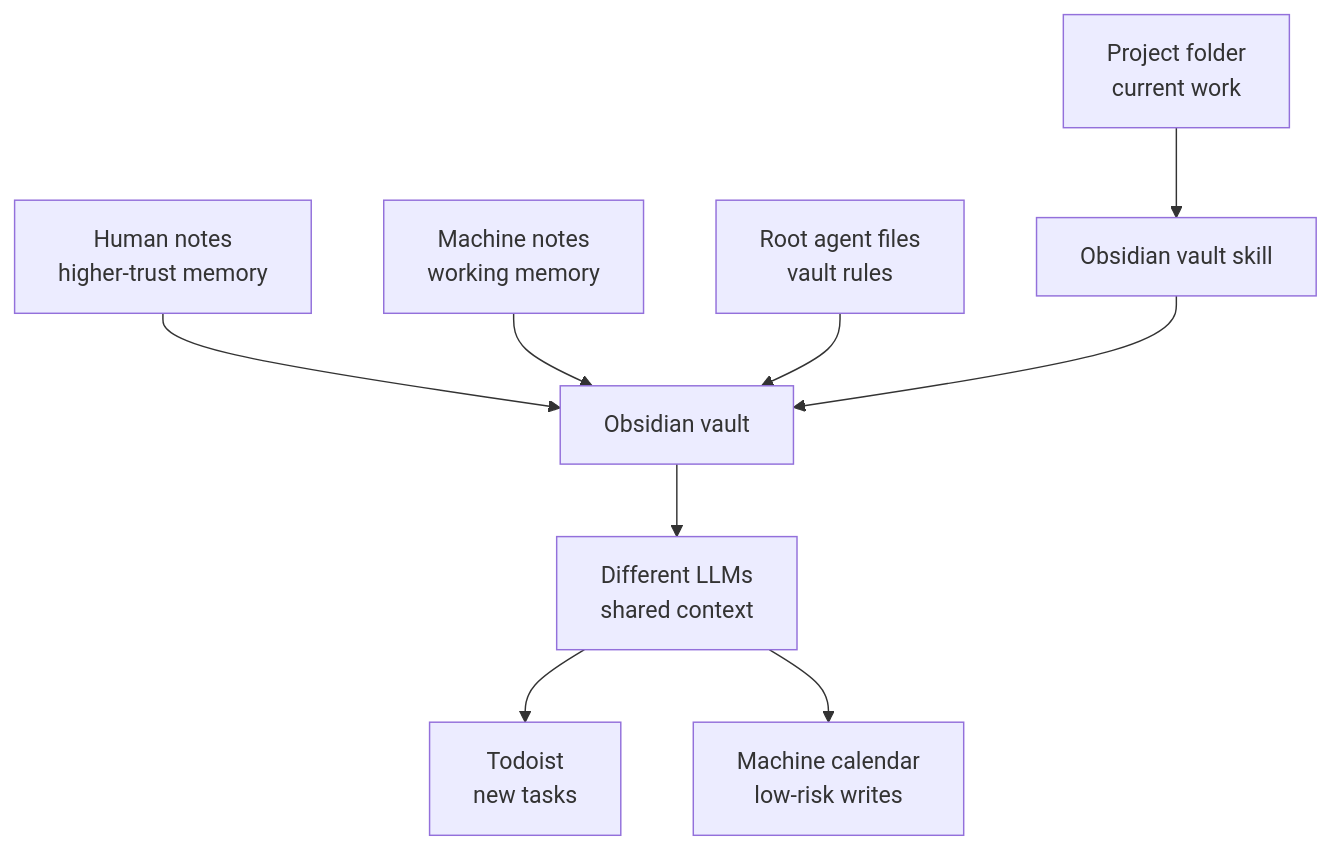
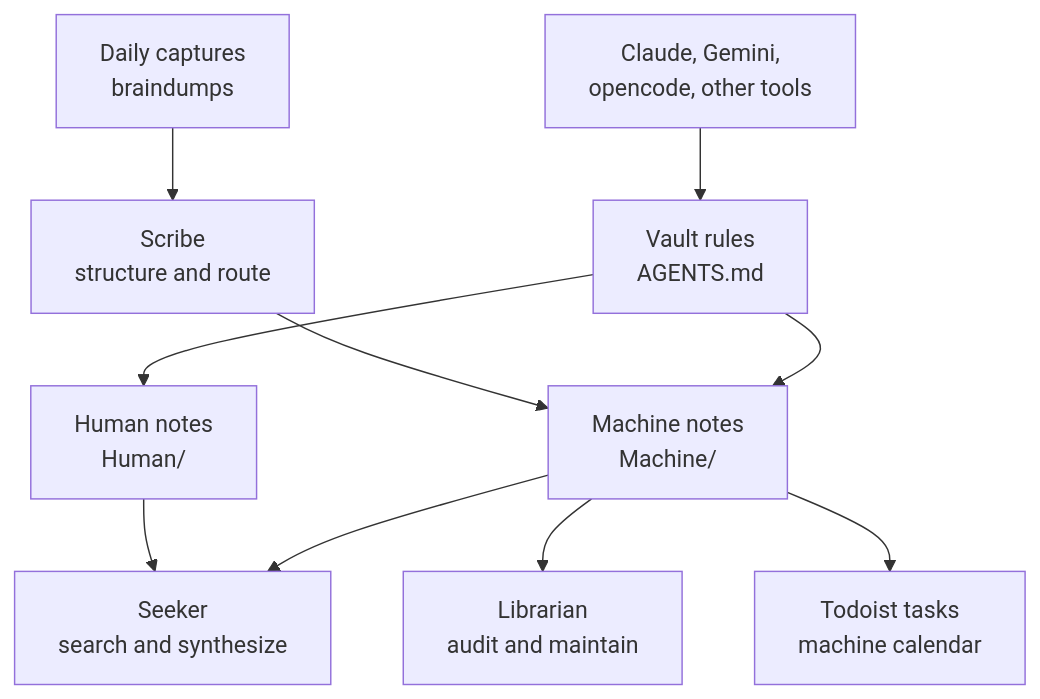
One commit to hoombar/benpearson.dev changed the diagram in content/writing/obsidian-memory-between-llms/index.md. Above: the diagram before and after it, drawn with Mermaid. The commit also changed other lines of this file, not shown here.

Commit message:
Publish Obsidian memory post

````diff
--- a/content/writing/obsidian-memory-between-llms/index.md
+++ b/content/writing/obsidian-memory-between-llms/index.md
@@ -104,11 +27,12 @@
 ```mermaid
 flowchart TD
-  Human[Human notes<br/>higher-trust memory] --> Vault[Obsidian vault]
-  Machine[Machine notes<br/>working memory] --> Vault
-  AgentFiles[Root agent files<br/>vault rules] --> Vault
-  Project[Project folder<br/>current work] --> Skill[Obsidian vault skill]
-  Skill --> Vault
-  Vault --> LLMs[Different LLMs<br/>shared context]
-  LLMs --> Todoist[Todoist<br/>new tasks]
-  LLMs --> Calendar[Machine calendar<br/>low-risk writes]
+  Human[Human notes<br/>Human/] --> Seeker[Seeker<br/>search and synthesize]
+  Machine[Machine notes<br/>Machine/] --> Seeker
+  Raw[Daily captures<br/>braindumps] --> Scribe[Scribe<br/>structure and route]
+  Scribe --> Machine
+  Machine --> Librarian[Librarian<br/>audit and maintain]
+  LLMs[Claude, Gemini,<br/>opencode, other tools] --> Rules[Vault rules<br/>AGENTS.md]
+  Rules --> Human
+  Rules --> Machine
+  Machine --> Actions[Todoist tasks<br/>machine calendar]
 ```
````
